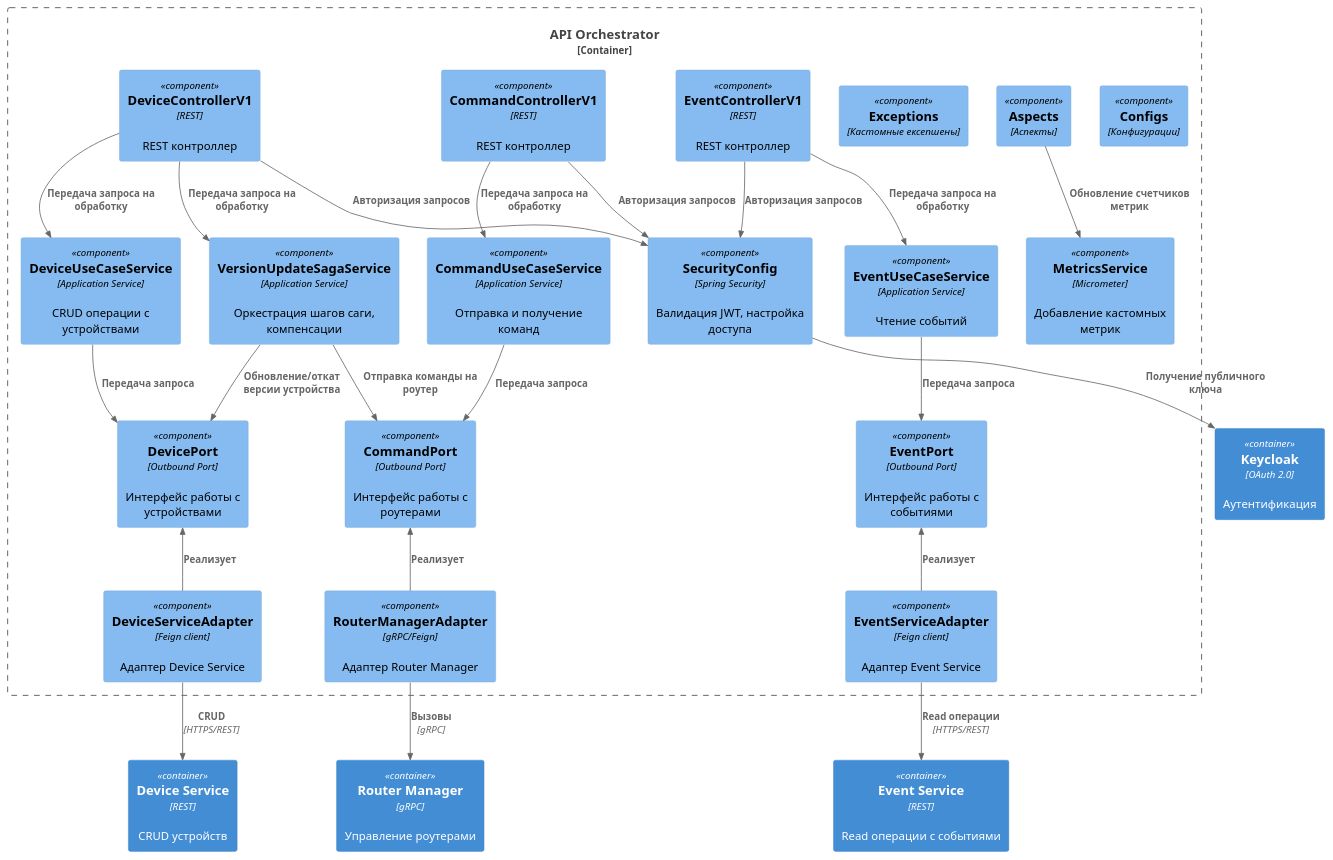
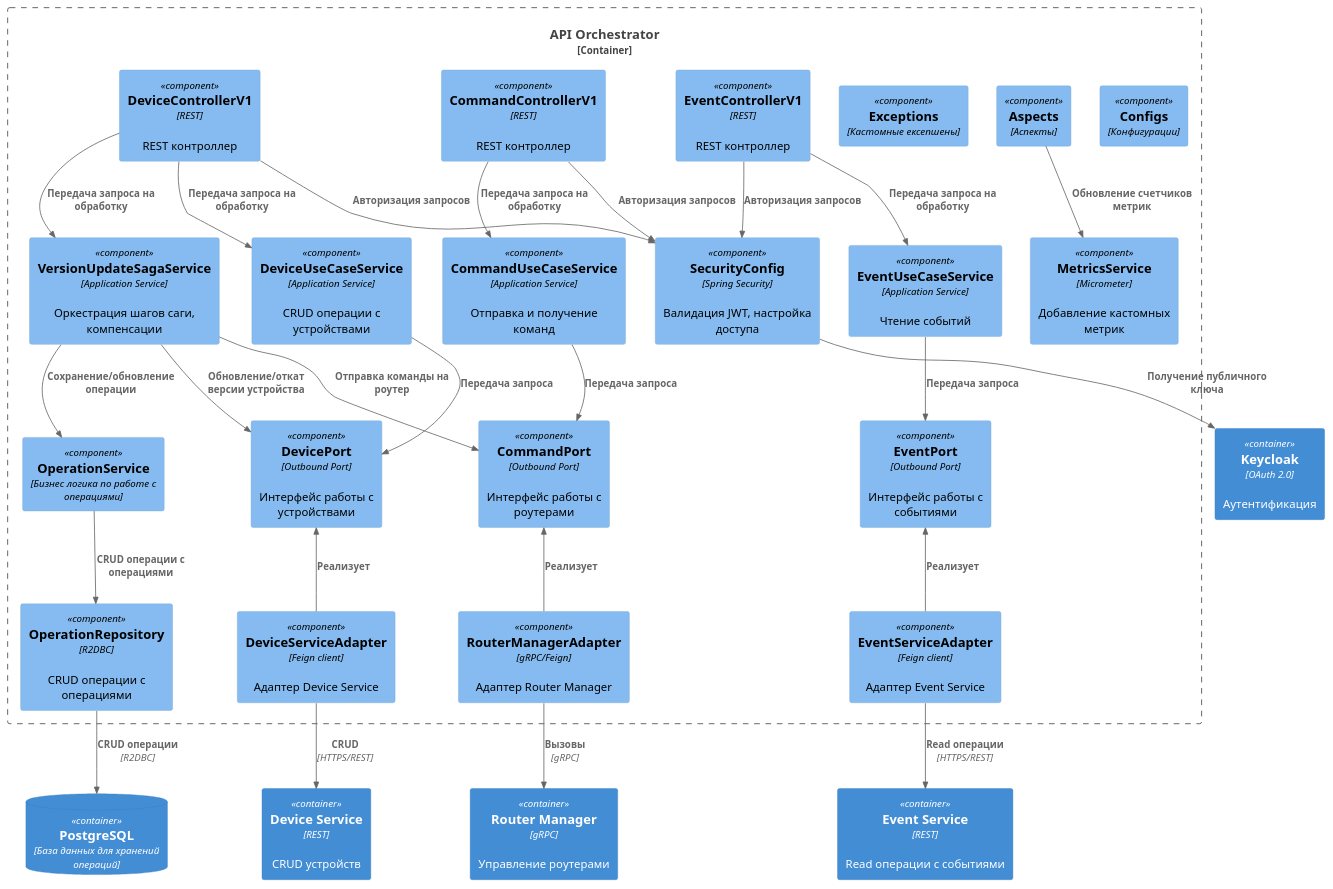
Before and after one commit to SinglePlayer56/iot: the diagram in api-orchestrator/diagrams/component.puml, drawn with PlantUML. The commit also changed 2 other files, not shown here.

Commit message:
Update diagrams.

```diff
--- a/api-orchestrator/diagrams/component.puml
+++ b/api-orchestrator/diagrams/component.puml
@@ -1,59 +1,67 @@
 @startuml
 !includeurl https://raw.githubusercontent.com/plantuml-stdlib/C4-PlantUML/master/C4_Component.puml
 
 Container_Boundary(api-orchestrator, "API Orchestrator") {
     Component(security_config, "SecurityConfig", "Spring Security", "Валидация JWT, настройка доступа")
     Component(metrics_service, "MetricsService", "Micrometer", "Добавление кастомных метрик")
     Component(configs, "Configs", "Конфигурации")
     Component(aspects, "Aspects", "Аспекты")
     Component(exceptions, "Exceptions", "Кастомные ексепшены")
     Component(version_update_saga_service, "VersionUpdateSagaService", "Application Service", "Оркестрация шагов саги, компенсации")
 
     Component(device_controller_v1, "DeviceControllerV1", "REST", "REST контроллер")
     Component(event_controller_v1, "EventControllerV1", "REST", "REST контроллер")
     Component(command_controller_v1, "CommandControllerV1", "REST", "REST контроллер")
+
+    Component(operation_service, "OperationService", "Бизнес логика по работе c операциями")
+    Component(operation_repository, "OperationRepository", "R2DBC", "CRUD операции с операциями")
 
     Component(command_use_case, "CommandUseCaseService", "Application Service", "Отправка и получение команд")
     Component(event_use_case, "EventUseCaseService", "Application Service", "Чтение событий")
     Component(device_use_case, "DeviceUseCaseService", "Application Service", "CRUD операции с устройствами")
 
     Component(command_port, "CommandPort", "Outbound Port", "Интерфейс работы с роутерами")
     Component(event_port, "EventPort", "Outbound Port", "Интерфейс работы с событиями")
     Component(device_port, "DevicePort", "Outbound Port", "Интерфейс работы с устройствами")
 
     Component(device_service_adapter, "DeviceServiceAdapter", "Feign client", "Адаптер Device Service")
     Component(event_service_adapter, "EventServiceAdapter", "Feign client", "Адаптер Event Service")
     Component(router_manager_adapter, "RouterManagerAdapter", "gRPC/Feign", "Адаптер Router Manager")
 
     Rel(device_controller_v1, device_use_case, "Передача запроса на обработку")
     Rel(device_controller_v1, version_update_saga_service, "Передача запроса на обработку")
     Rel(event_controller_v1, event_use_case, "Передача запроса на обработку")
     Rel(command_controller_v1, command_use_case, "Передача запроса на обработку")
 
     Rel(device_use_case, device_port, "Передача запроса")
     Rel(event_use_case, event_port, "Передача запроса")
     Rel(command_use_case, command_port, "Передача запроса")
     Rel(version_update_saga_service, device_port, "Обновление/откат версии устройства")
     Rel(version_update_saga_service, command_port, "Отправка команды на роутер")
+    Rel(version_update_saga_service, operation_service, "Сохранение/обновление операции")
+
+    Rel(operation_service, operation_repository, "CRUD операции с операциями")
 
     Rel_Back(device_port, device_service_adapter, "Реализует")
     Rel_Back(event_port, event_service_adapter, "Реализует")
     Rel_Back(command_port, router_manager_adapter, "Реализует")
 
     Rel(device_controller_v1, security_config, "Авторизация запросов")
     Rel(event_controller_v1, security_config, "Авторизация запросов")
     Rel(command_controller_v1, security_config, "Авторизация запросов")
     Rel(aspects, metrics_service, "Обновление счетчиков метрик")
 }
 
 Container(keycloak, "Keycloak", "OAuth 2.0", "Аутентификация")
 Container(device_service, "Device Service", "REST", "CRUD устройств")
 Container(event_service, "Event Service", "REST", "Read операции с событиями")
 Container(router_manager, "Router Manager", "gRPC", "Управление роутерами")
+ContainerDb(api_orchestrator_db, "PostgreSQL", "База данных для хранений операций")
 
 Rel(security_config, keycloak, "Получение публичного ключа")
 Rel(device_service_adapter, device_service, "CRUD", "HTTPS/REST")
 Rel(event_service_adapter, event_service, "Read операции", "HTTPS/REST")
 Rel(router_manager_adapter, router_manager, "Вызовы", "gRPC")
+Rel(operation_repository, api_orchestrator_db, "CRUD операции", "R2DBC")
 
 @enduml
```
